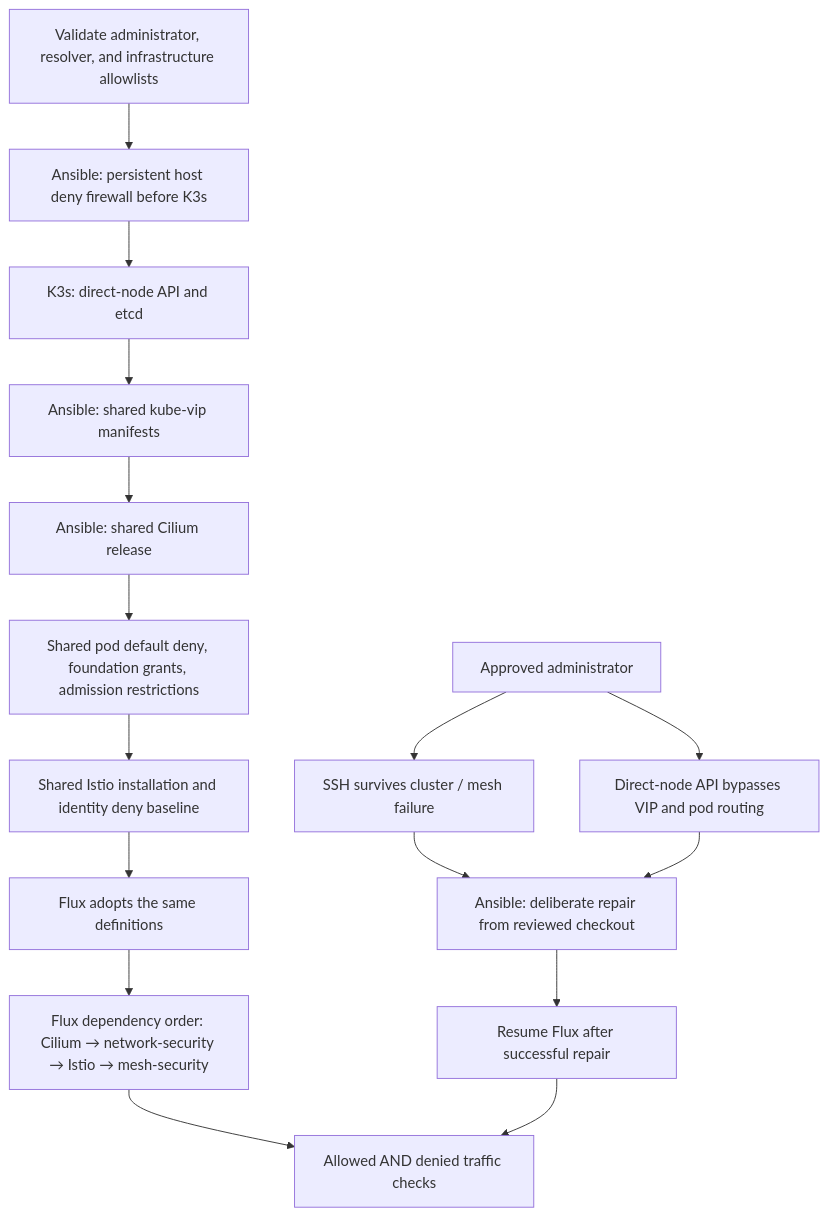
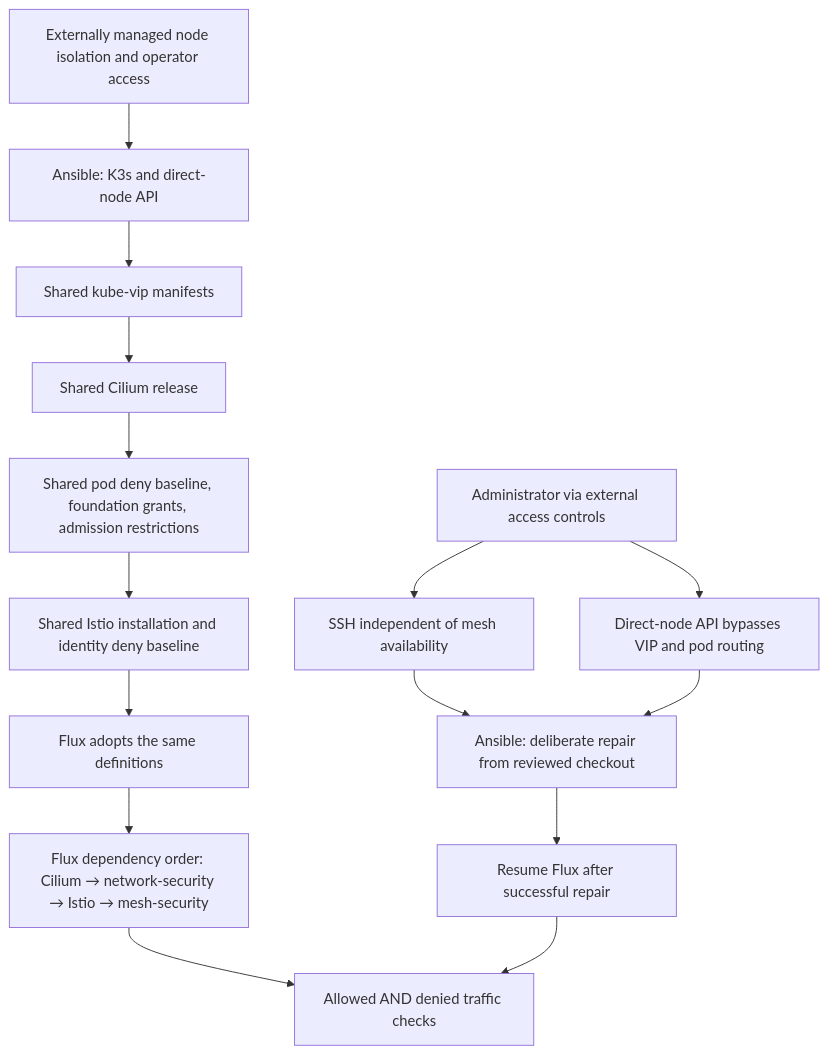
The fifth of 5 diagrams in docs/architecture/network-security.md (liamawhite/homelab), drawn with Mermaid before and after one commit. The commit also changed other lines of this file and 24 other files, not shown here.

Commit message:
Delegate node isolation externally and retain pod and mesh default deny

````diff
--- a/docs/architecture/network-security.md
+++ b/docs/architecture/network-security.md
@@ -98,20 +106,19 @@
 ```mermaid
 flowchart TD
-    Inputs["Validate administrator, resolver, and infrastructure allowlists"]
-    Inputs --> Host["Ansible: persistent host deny firewall before K3s"]
-    Host --> K3s["K3s: direct-node API and etcd"]
-    K3s --> VIP["Ansible: shared kube-vip manifests"]
-    VIP --> CNI["Ansible: shared Cilium release"]
-    CNI --> PodDeny["Shared pod default deny, foundation grants, admission restrictions"]
+    External["Externally managed node isolation and operator access"]
+    External --> K3s["Ansible: K3s and direct-node API"]
+    K3s --> VIP["Shared kube-vip manifests"]
+    VIP --> CNI["Shared Cilium release"]
+    CNI --> PodDeny["Shared pod deny baseline, foundation grants, admission restrictions"]
     PodDeny --> Ambient["Shared Istio installation and identity deny baseline"]
     Ambient --> Handoff["Flux adopts the same definitions"]
     Handoff --> Graph["Flux dependency order: Cilium → network-security → Istio → mesh-security"]
     Graph --> Checks["Allowed AND denied traffic checks"]
 
-    Operator["Approved administrator"] --> SSH["SSH survives cluster / mesh failure"]
+    Operator["Administrator via external access controls"] --> SSH["SSH independent of mesh availability"]
     Operator --> API["Direct-node API bypasses VIP and pod routing"]
     SSH --> Repair["Ansible: deliberate repair from reviewed checkout"]
     API --> Repair
     Repair --> Resume["Resume Flux after successful repair"]
     Resume --> Checks
 ```
````
